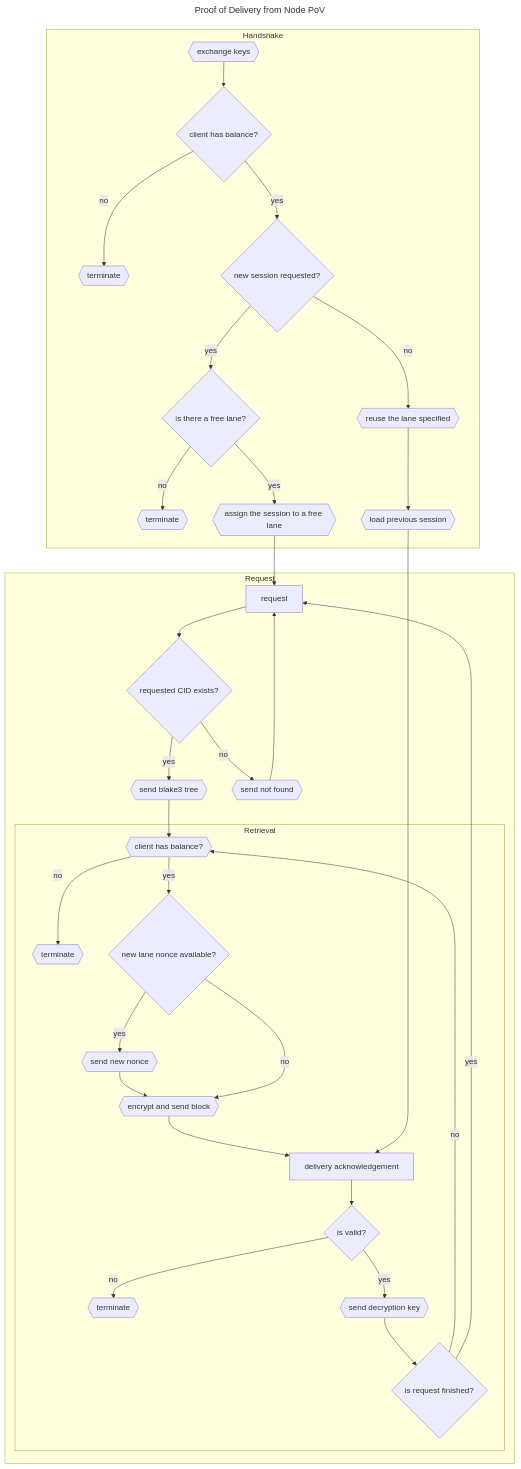
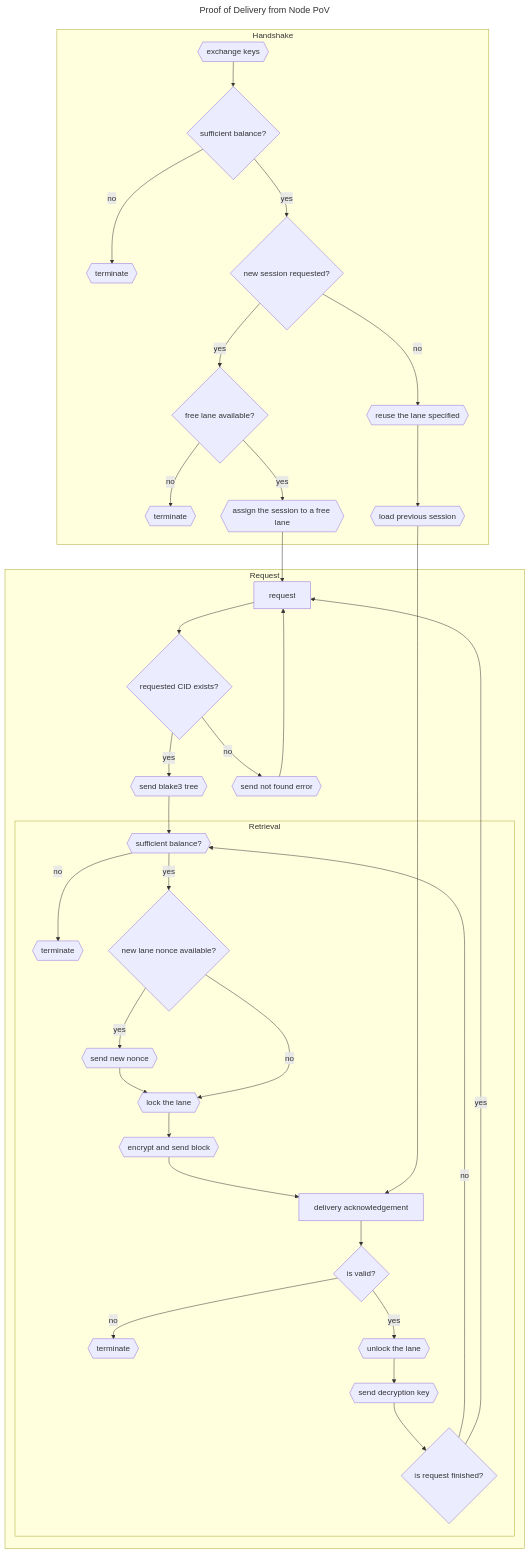
The third of 3 diagrams in crates/ursa-pod/spec/README.md (fleek-network/ursa), drawn with Mermaid before and after one commit.

Commit message:
add lane lock/unlock steps

````diff
--- a/crates/ursa-pod/spec/README.md
+++ b/crates/ursa-pod/spec/README.md
@@ -112,48 +112,50 @@
 ```mermaid
 ---
 title: Proof of Delivery from Node PoV
 ---
 flowchart TB
     subgraph Handshake
         term2
-        key{{"exchange keys"}} --> balance{"client has balance?"}
+        key{{"exchange keys"}} --> balance{"sufficient balance?"}
         balance -- no --> term{{"terminate"}}
         balance -- yes --> new{"new session requested?"}
-        new -- yes --> lane{"is there a free lane?"}
+        new -- yes --> lane{"free lane available?"}
         new -- no --> reuse{{"reuse the lane specified"}}
         lane -- yes --> uselane{{"assign the session to a free lane"}}
         lane -- no --> term2{{"terminate"}}
         reuse --> load{{"load previous session"}}
     end
 
     subgraph Request
         req
         blake
 
         req["request"] --> exists{"requested CID exists?"}
-        exists -- no --> notfound{{"send not found"}}
+        exists -- no --> notfound{{"send not found error"}}
         exists -- yes --> blake{{"send blake3 tree"}}
         notfound --> req
 
             subgraph Retrieval
-                bal{{"client has balance?"}}
+                bal{{"sufficient balance?"}}
                 isover{"is request finished?"}
                 bal -- no --> term4{{"terminate"}}
                 bal -- yes --> noncechange{"new lane nonce available?"}
-                noncechange -- yes --> change{{"send new nonce"}} --> enc
-                noncechange -- no --> enc
+                noncechange -- yes --> change{{"send new nonce"}} --> lock
+                noncechange -- no --> lock
+                lock{{"lock the lane"}} --> enc
                 enc{{"encrypt and send block"}} --> ack["delivery acknowledgement"]
                 ack --> ackvalid{"is valid?"}
                 ackvalid -- no --> term5{{"terminate"}}
-                ackvalid -- yes --> dec{{"send decryption key"}}
+                ackvalid -- yes --> unlock{{"unlock the lane"}}
+                unlock --> dec{{"send decryption key"}}
                 dec --> isover
                 isover -- no --> bal
             end
 
         blake --> bal
         isover -- yes --> req
     end
 
     uselane --> req
     load --> ack
 ```
````
